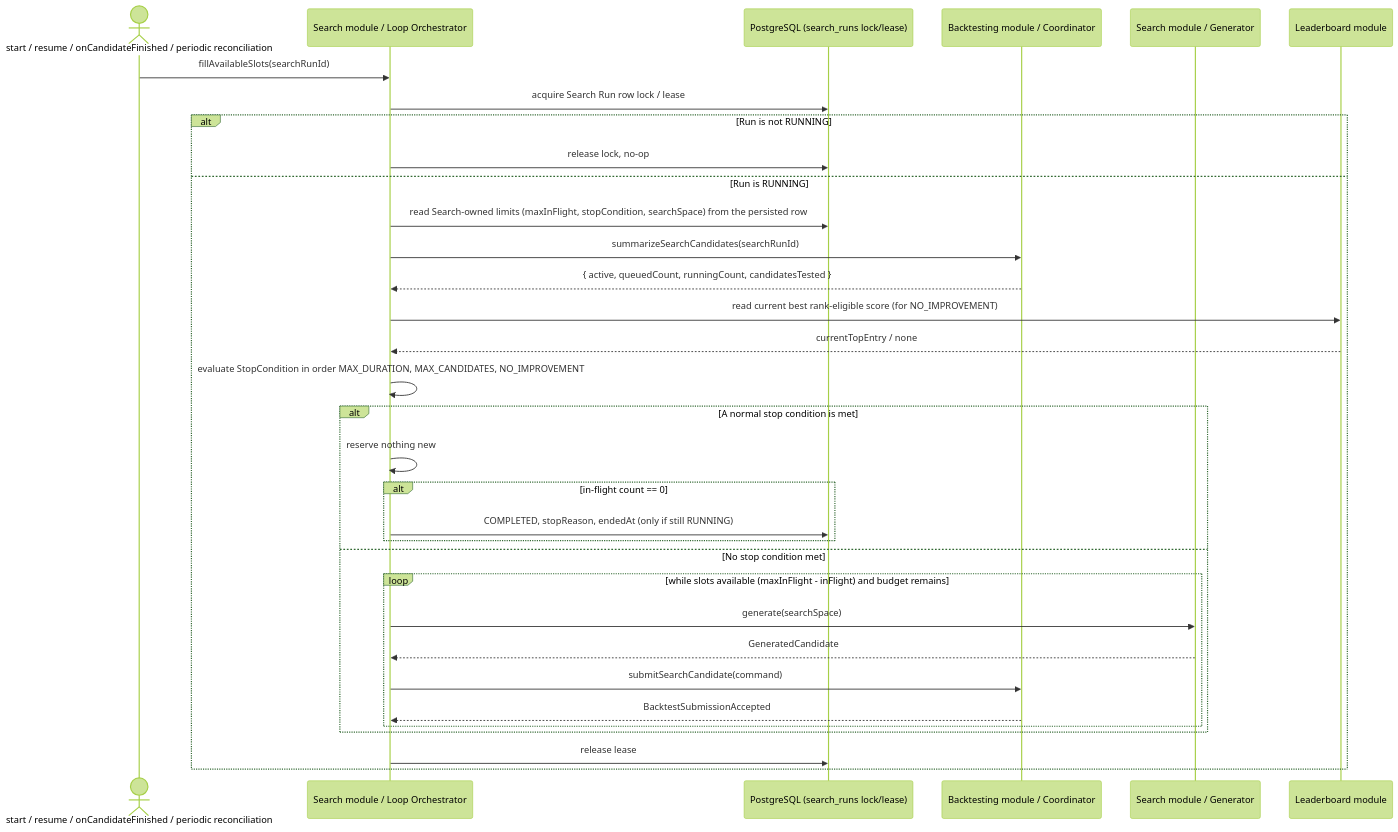
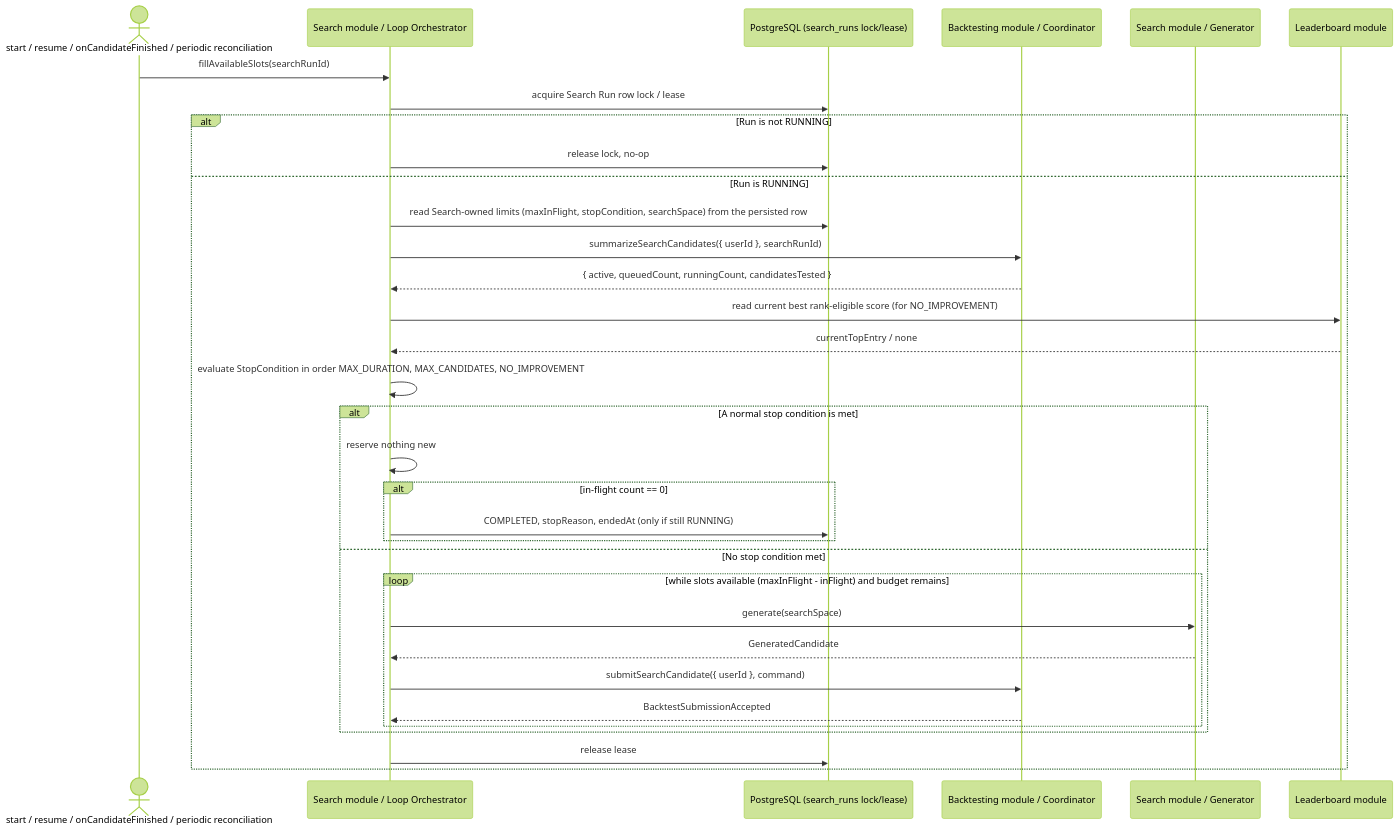
One commit to thanhdatttt/Cryptox changed the third of 9 diagrams in openspec/specs/search-spec.md. Above: the diagram before and after it, drawn with Mermaid (forest theme). The commit also changed other lines of this file and 11 other files, not shown here.

````diff
--- a/openspec/specs/search-spec.md
+++ b/openspec/specs/search-spec.md
@@ -133,36 +139,36 @@
 ```mermaid
 sequenceDiagram
     actor Trigger as start / resume / onCandidateFinished / periodic reconciliation
     participant O as Search module / Loop Orchestrator
     participant PG as PostgreSQL (search_runs lock/lease)
     participant BC as Backtesting module / Coordinator
     participant G as Search module / Generator
     participant L as Leaderboard module
 
     Trigger->>O: fillAvailableSlots(searchRunId)
     O->>PG: acquire Search Run row lock / lease
     alt Run is not RUNNING
         O->>PG: release lock, no-op
     else Run is RUNNING
         O->>PG: read Search-owned limits (maxInFlight, stopCondition, searchSpace) from the persisted row
-        O->>BC: summarizeSearchCandidates(searchRunId)
+        O->>BC: summarizeSearchCandidates({ userId }, searchRunId)
         BC-->>O: { active, queuedCount, runningCount, candidatesTested }
         O->>L: read current best rank-eligible score (for NO_IMPROVEMENT)
         L-->>O: currentTopEntry / none
         O->>O: evaluate StopCondition in order MAX_DURATION, MAX_CANDIDATES, NO_IMPROVEMENT
         alt A normal stop condition is met
             O->>O: reserve nothing new
             alt in-flight count == 0
                 O->>PG: COMPLETED, stopReason, endedAt (only if still RUNNING)
             end
         else No stop condition met
             loop while slots available (maxInFlight - inFlight) and budget remains
                 O->>G: generate(searchSpace)
                 G-->>O: GeneratedCandidate
-                O->>BC: submitSearchCandidate(command)
+                O->>BC: submitSearchCandidate({ userId }, command)
                 BC-->>O: BacktestSubmissionAccepted
             end
         end
         O->>PG: release lease
     end
 ```
````
